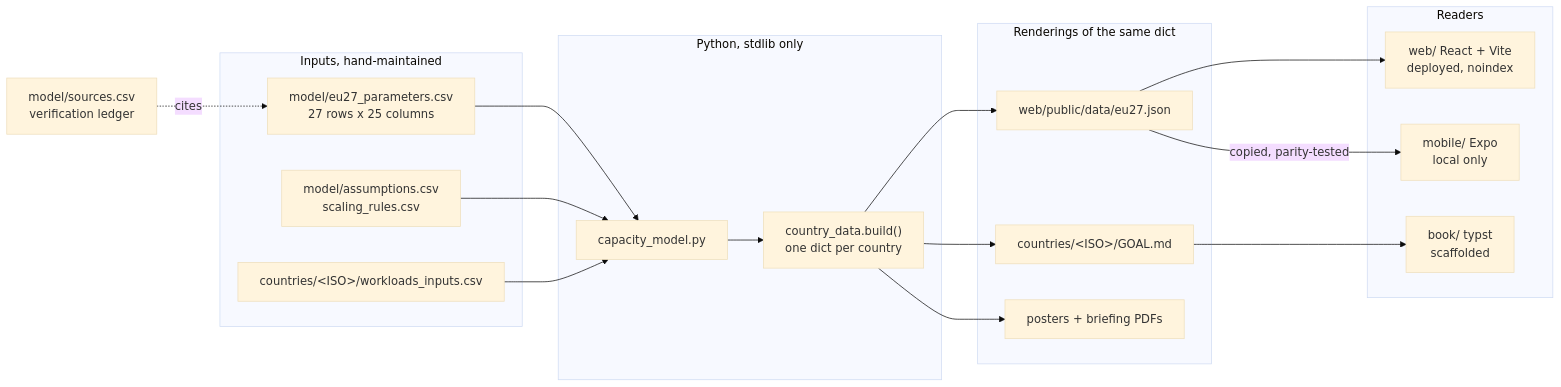
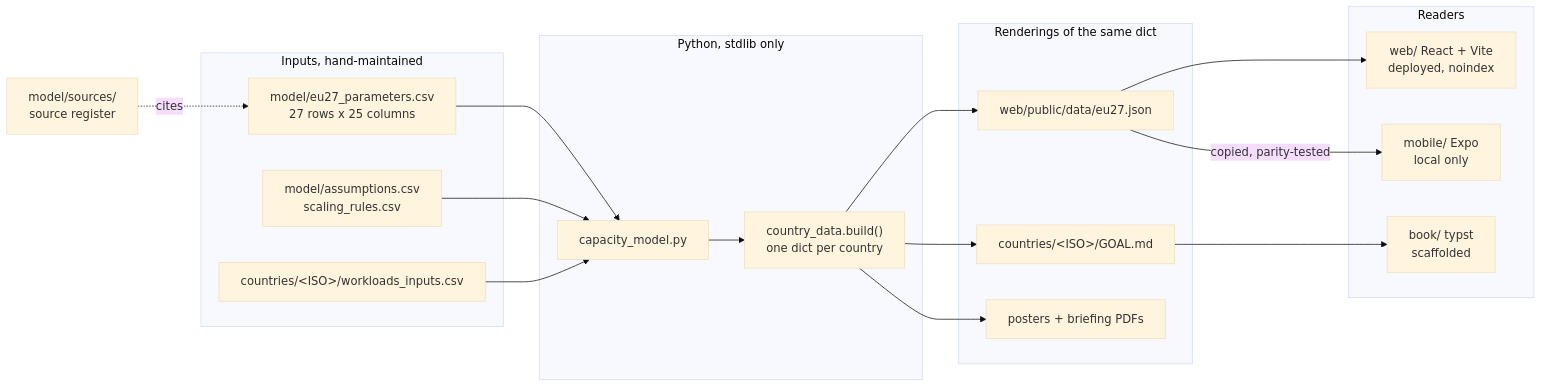
The first of 2 diagrams in PROGRESS.md (EU27-data-sovereignty/eu27-data-sovereignty), drawn with Mermaid (base theme) before and after one commit. The commit also changed other lines of this file and 8 other files, not shown here.

````diff
--- a/PROGRESS.md
+++ b/PROGRESS.md
@@ -40,38 +43,38 @@
 ```mermaid
 flowchart LR
     subgraph inputs[Inputs, hand-maintained]
         P[model/eu27_parameters.csv<br/>27 rows x 25 columns]
         A[model/assumptions.csv<br/>scaling_rules.csv]
         W["countries/&lt;ISO&gt;/workloads_inputs.csv"]
     end
 
     subgraph model[Python, stdlib only]
         CM[capacity_model.py]
         CD["country_data.build()<br/>one dict per country"]
     end
 
     subgraph outputs[Renderings of the same dict]
         B[web/public/data/eu27.json]
         G["countries/&lt;ISO&gt;/GOAL.md"]
         AR[posters + briefing PDFs]
     end
 
     subgraph readers[Readers]
         WEB[web/ React + Vite<br/>deployed, noindex]
         MOB[mobile/ Expo<br/>local only]
         BK[book/ typst<br/>scaffolded]
     end
 
     P --> CM
     A --> CM
     W --> CM
     CM --> CD
     CD --> B
     CD --> G
     CD --> AR
     B --> WEB
     B -- copied, parity-tested --> MOB
     G --> BK
 
-    S[model/sources.csv<br/>verification ledger] -. cites .-> P
+    S[model/sources/<br/>source register] -. cites .-> P
 ```
````
